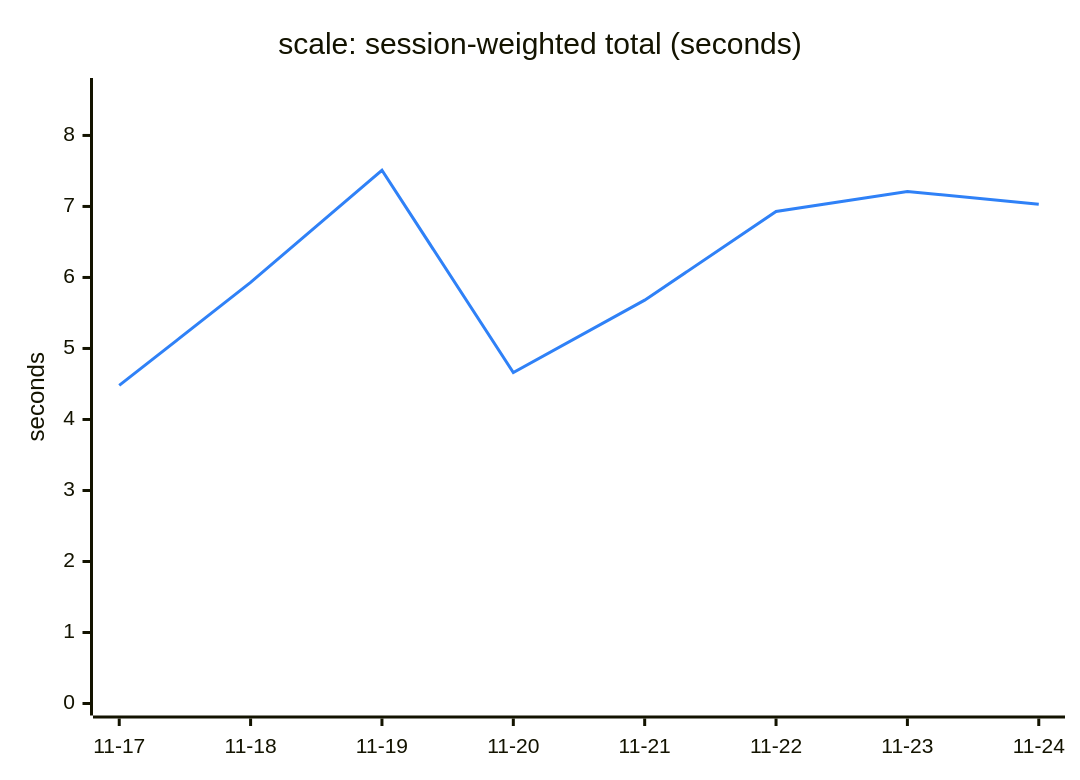
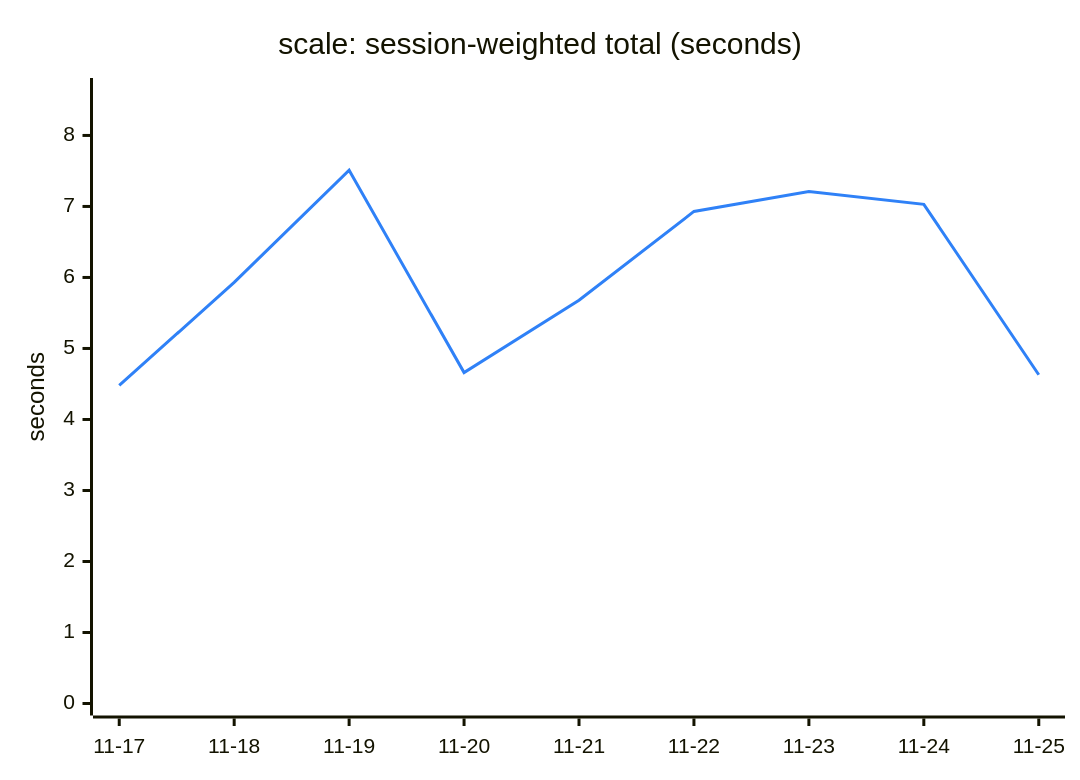
Before and after one commit to Ricovl/mxcli: the third of 6 diagrams in TREND.md, drawn with Mermaid. The commit also changed other lines of this file and 2 other files, not shown here.

````diff
--- a/TREND.md
+++ b/TREND.md
@@ -83,13 +83,13 @@
 ```mermaid
 ---
 config:
   themeVariables:
     xyChart:
       plotColorPalette: "#2f81f7"
 ---
 xychart-beta
     title "scale: session-weighted total (seconds)"
-    x-axis ["11-17", "11-18", "11-19", "11-20", "11-21", "11-22", "11-23", "11-24"]
+    x-axis ["11-17", "11-18", "11-19", "11-20", "11-21", "11-22", "11-23", "11-24", "11-25"]
     y-axis "seconds" 0 --> 8.64
-    line [4.48, 5.93, 7.51, 4.66, 5.68, 6.93, 7.21, 7.03]
+    line [4.48, 5.93, 7.51, 4.66, 5.68, 6.93, 7.21, 7.03, 4.63]
 ```
````
